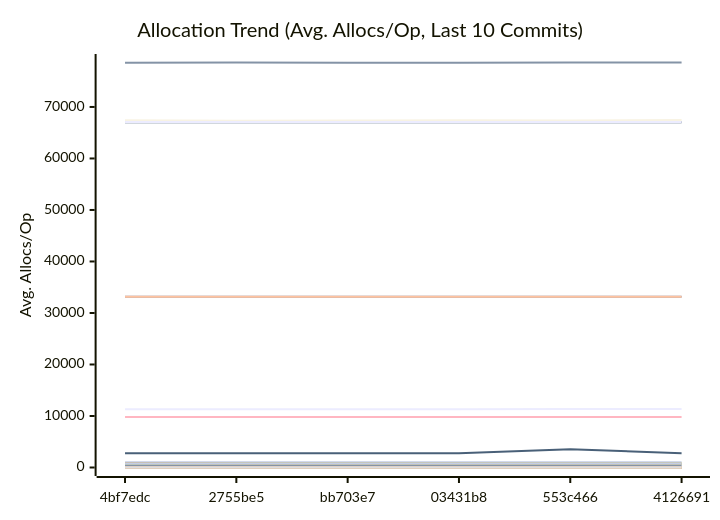
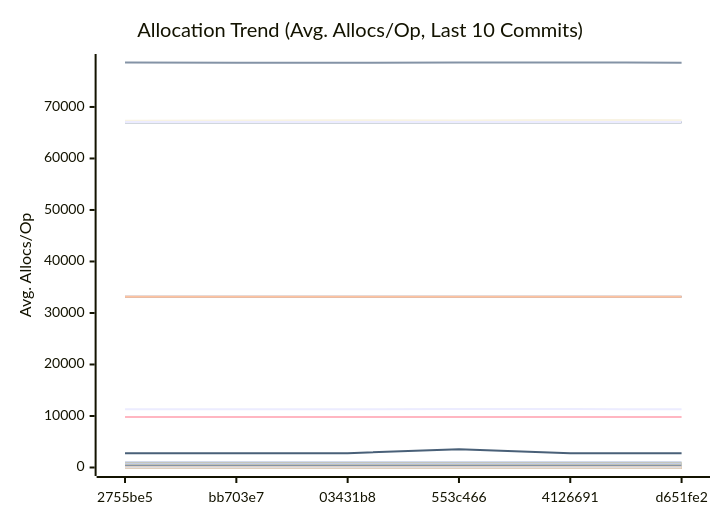
The third of 3 diagrams in docs/PERFORMANCE.md (alsotoes/momo), drawn with Mermaid before and after one commit. The commit also changed other lines of this file and 2 other files, not shown here.

````diff
--- a/docs/PERFORMANCE.md
+++ b/docs/PERFORMANCE.md
@@ -360,44 +360,44 @@
 ```mermaid
 xychart-beta
     title "Allocation Trend (Avg. Allocs/Op, Last 10 Commits)"
     x-axis "Commit"
     y-axis "Avg. Allocs/Op"
-    x-axis [4bf7edc,2755be5,bb703e7,03431b8,553c466,4126691]
-    line "AWSChunkedReaderSigned" [11300,11307,11302,11307,11334,11352,11308,11331,11309,11357]
-    line "AWSChunkedReaderUnsigned" [78576,78613,78584,78583,78611,78631,78600,78609,78603,78751]
+    x-axis [2755be5,bb703e7,03431b8,553c466,4126691,d651fe2]
+    line "AWSChunkedReaderSigned" [11307,11302,11307,11334,11352,11308,11331,11309,11357,11392]
+    line "AWSChunkedReaderUnsigned" [78613,78584,78583,78611,78631,78600,78609,78603,78751,78742]
     line "CheckMetricsAndSwap" [0,0,0,0,0,0,0,0,0,0]
     line "CrushOptimized" [0,0,0,0,0,0,0,0,0,0]
     line "CrushOriginal" [3,3,3,3,3,3,3,3,3,3]
     line "FormatListObjectsV2XML_AppendFormat" [16,16,16,16,16,16,16,16,16,16]
     line "FormatListObjectsV2XML_OldFormat" [1000,1000,1000,1000,1000,1000,1000,1000,1000,1000]
     line "HashBytes/1MiB" [64,64,64,64,64,64,64,64,64,64]
     line "HashBytes/256MiB" [64,64,64,64,64,64,64,64,64,64]
     line "HashBytes/64MiB" [64,64,64,64,64,64,64,64,64,64]
     line "HashFile/1MiB" [33128,33128,33128,33128,33128,33128,33128,33128,33128,33128]
     line "HashFile/256MiB" [33128,33128,33128,33128,33128,33128,33128,33128,33128,33128]
     line "HashFile/64MiB" [33128,33128,33128,33128,33128,33128,33128,33128,33128,33128]
     line "IndexDirectTracking" [0,0,0,0,0,0,0,0,0,0]
     line "IndexSearch" [0,0,0,0,0,0,0,0,0,0]
     line "LastModifiedHeader_AppendFormat" [0,0,0,0,0,0,0,0,0,0]
     line "LastModifiedHeader_Format" [1,1,1,1,1,1,1,1,1,1]
     line "LoadGlobalConfig" [58,58,58,58,58,58,58,58,58,58]
-    line "LocalWrite/1MiB" [67040,67026,67032,67028,67034,67036,67032,67028,67031,67046]
-    line "LocalWrite/256MiB" [67435,67322,67349,67419,67379,67488,67427,67403,67338,67449]
-    line "LocalWrite/64MiB" [67097,67084,67096,67074,67087,67088,67081,67097,67088,67134]
+    line "LocalWrite/1MiB" [67026,67032,67028,67034,67036,67032,67028,67031,67046,67042]
+    line "LocalWrite/256MiB" [67322,67349,67419,67379,67488,67427,67403,67338,67449,67537]
+    line "LocalWrite/64MiB" [67084,67096,67074,67087,67088,67081,67097,67088,67134,67134]
     line "PadString" [1,1,1,1,1,1,1,1,1,1]
     line "ParseReplicationOrder_NoPrealloc" [6,6,6,6,6,5,5,5,5,5]
     line "ParseReplicationOrder_Prealloc" [2,2,2,2,2,1,1,1,1,1]
     line "Placement" [6,6,6,6,6,6,6,6,6,6]
     line "PlacementDomainSpread" [6,6,6,6,6,6,6,6,6,6]
-    line "ReadVerify/1MiB" [471,463,468,467,468,486,478,467,459,484]
-    line "ReadVerify/256MiB" [9808,9808,9808,9808,9808,9808,9808,5120,9808,9808]
-    line "ReadVerify/64MiB" [2776,2776,2776,2776,3557,2776,2776,2776,2307,2776]
-    line "S3PutSpool/1MiB" [447,447,447,447,447,447,447,448,447,448]
+    line "ReadVerify/1MiB" [463,468,467,468,486,478,467,459,484,493]
+    line "ReadVerify/256MiB" [9808,9808,9808,9808,9808,9808,5120,9808,9808,9808]
+    line "ReadVerify/64MiB" [2776,2776,2776,3557,2776,2776,2776,2307,2776,3557]
+    line "S3PutSpool/1MiB" [447,447,447,447,447,447,448,447,448,448]
     line "S3PutSpool/256MiB" [448,448,448,448,448,448,448,448,448,448]
     line "S3PutSpool/64MiB" [448,448,448,448,448,448,448,448,448,448]
     line "SanitizeLog/Safe" [0,0,0,0,0,0,0,0,0,0]
     line "SanitizeLog/Unsafe" [1,1,1,1,1,1,1,1,1,1]
-    line "TrustedRead/1MiB" [800,800,800,800,800,800,800,800,837,800]
-    line "TrustedRead/256MiB" [848,800,800,800,800,800,800,800,800,800]
+    line "TrustedRead/1MiB" [800,800,800,800,800,800,800,837,800,800]
+    line "TrustedRead/256MiB" [800,800,800,800,800,800,800,800,800,800]
     line "TrustedRead/64MiB" [800,800,800,800,800,800,800,800,800,800]
 ```
````
